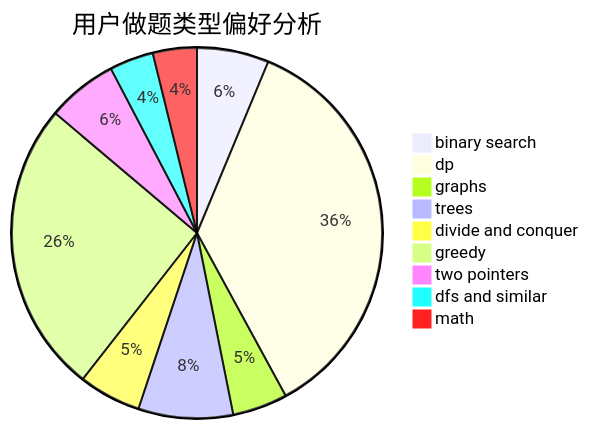
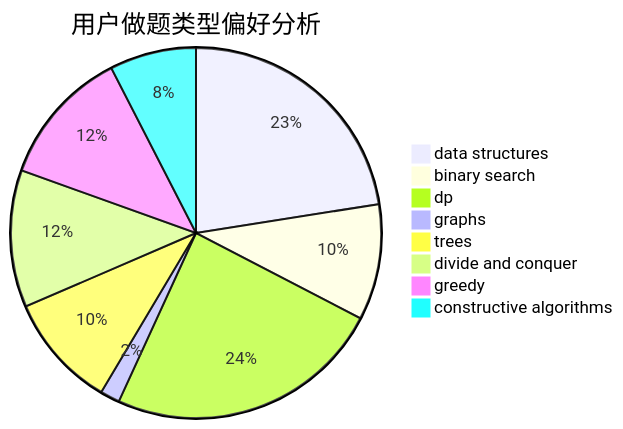
The second of 3 diagrams in docs/user/u614.md (sherpahu/cfrs.github.io), drawn with Mermaid before and after one commit. The commit also changed other lines of this file and 2775 other files, not shown here.

````diff
--- a/docs/user/u614.md
+++ b/docs/user/u614.md
@@ -23,12 +23,11 @@
 ```mermaid
 pie title 用户做题类型偏好分析
-    "binary search" :  98
-    "dp" :  559
-    "graphs" :  75
-    "trees" :  129
-    "divide and conquer" :  85
-    "greedy" :  400
-    "two pointers" :  96
-    "dfs and similar" :  60
-    "math" :  60
+    "data structures" :  158
+    "binary search" :  71
+    "dp" :  170
+    "graphs" :  12
+    "trees" :  70
+    "divide and conquer" :  84
+    "greedy" :  84
+    "constructive algorithms" :  53
 ```
````
